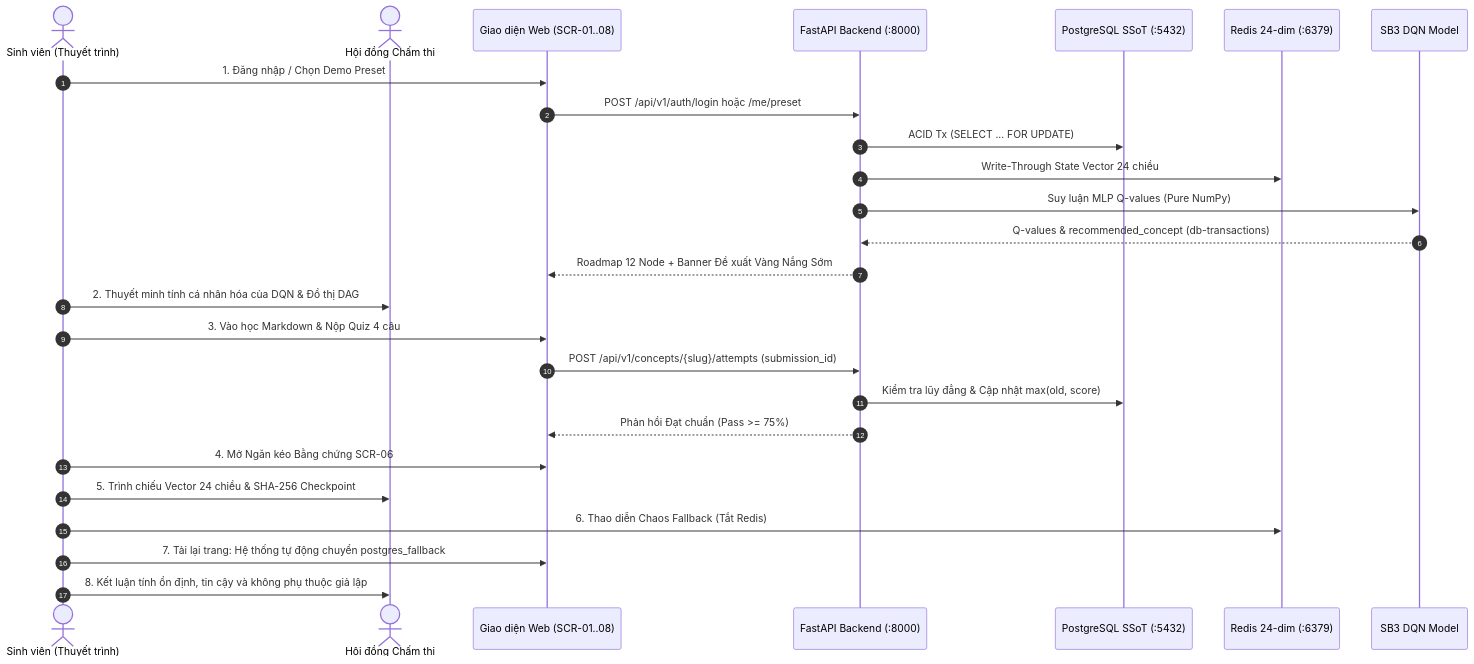
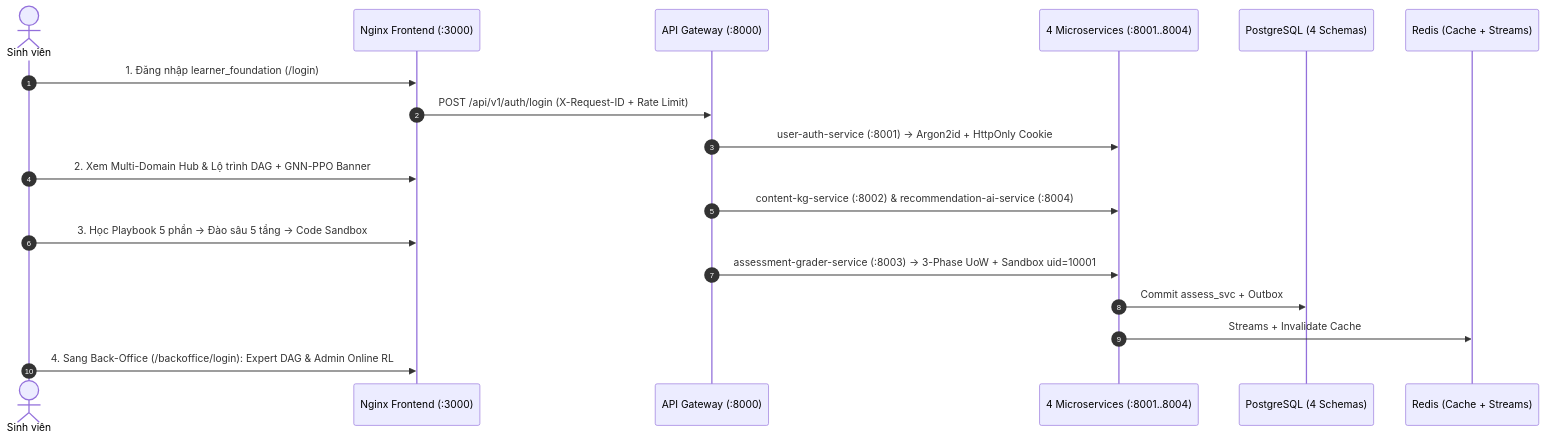
The diagram in docs/defense/DEMO_RUNBOOK.md (diepvanhieu25-tech/plumora), drawn with Mermaid before and after one commit. The commit also changed other lines of this file and 34 other files, not shown here.

Commit message:
feat(v4.1): upgrade Playbook UX, RL explainability, Admin RL observability & Expert streamlining (D-37..D-41)

````diff
--- a/docs/defense/DEMO_RUNBOOK.md
+++ b/docs/defense/DEMO_RUNBOOK.md
@@ -32,29 +36,21 @@
 ```mermaid
 sequenceDiagram
     autonumber
-    actor SV as Sinh viên (Thuyết trình)
-    actor HD as Hội đồng Chấm thi
-    participant UI as Giao diện Web (SCR-01..08)
-    participant API as FastAPI Backend (:8000)
-    participant DB as PostgreSQL SSoT (:5432)
-    participant Cache as Redis 24-dim (:6379)
-    participant DQN as SB3 DQN Model
+    actor SV as Sinh viên
+    participant FE as Nginx Frontend (:3000)
+    participant GW as API Gateway (:8000)
+    participant SVC as 4 Microservices (:8001..8004)
+    participant PG as PostgreSQL (4 Schemas)
+    participant RD as Redis (Cache + Streams)
 
-    SV->>UI: 1. Đăng nhập / Chọn Demo Preset
-    UI->>API: POST /api/v1/auth/login hoặc /me/preset
-    API->>DB: ACID Tx (SELECT ... FOR UPDATE)
-    API->>Cache: Write-Through State Vector 24 chiều
-    API->>DQN: Suy luận MLP Q-values (Pure NumPy)
-    DQN-->>API: Q-values & recommended_concept (db-transactions)
-    API-->>UI: Roadmap 12 Node + Banner Đề xuất Vàng Nắng Sớm
-    SV->>HD: 2. Thuyết minh tính cá nhân hóa của DQN & Đồ thị DAG
-    SV->>UI: 3. Vào học Markdown & Nộp Quiz 4 câu
-    UI->>API: POST /api/v1/concepts/{slug}/attempts (submission_id)
-    API->>DB: Kiểm tra lũy đẳng & Cập nhật max(old, score)
-    API-->>UI: Phản hồi Đạt chuẩn (Pass >= 75%)
-    SV->>UI: 4. Mở Ngăn kéo Bằng chứng SCR-06
-    SV->>HD: 5. Trình chiếu Vector 24 chiều & SHA-256 Checkpoint
-    SV->>Cache: 6. Thao diễn Chaos Fallback (Tắt Redis)
-    SV->>UI: 7. Tải lại trang: Hệ thống tự động chuyển postgres_fallback
-    SV->>HD: 8. Kết luận tính ổn định, tin cậy và không phụ thuộc giả lập
+    SV->>FE: 1. Đăng nhập learner_foundation (/login)
+    FE->>GW: POST /api/v1/auth/login (X-Request-ID + Rate Limit)
+    GW->>SVC: user-auth-service (:8001) -> Argon2id + HttpOnly Cookie
+    SV->>FE: 2. Xem Multi-Domain Hub & Lộ trình DAG + GNN-PPO Banner
+    GW->>SVC: content-kg-service (:8002) & recommendation-ai-service (:8004)
+    SV->>FE: 3. Học Playbook 5 phần -> Đào sâu 5 tầng -> Code Sandbox
+    GW->>SVC: assessment-grader-service (:8003) -> 3-Phase UoW + Sandbox uid=10001
+    SVC->>PG: Commit assess_svc + Outbox
+    SVC->>RD: Streams + Invalidate Cache
+    SV->>FE: 4. Sang Back-Office (/backoffice/login): Expert DAG & Admin Online RL
 ```
````
